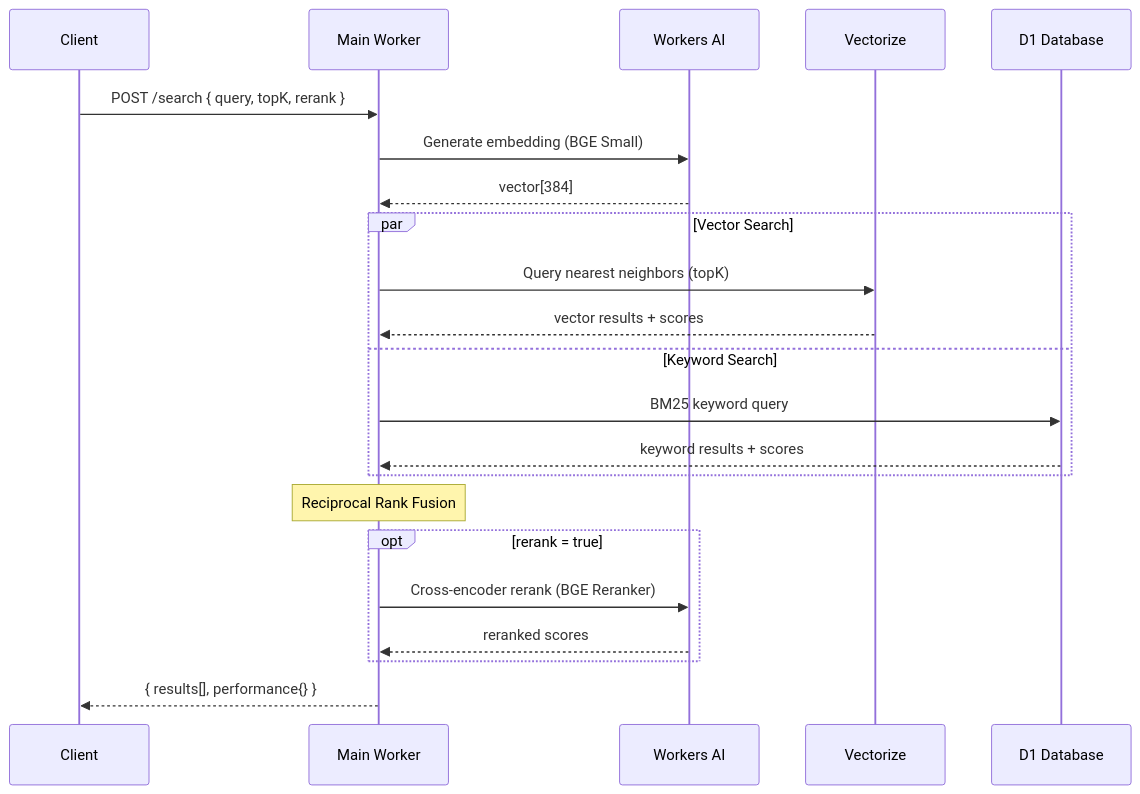
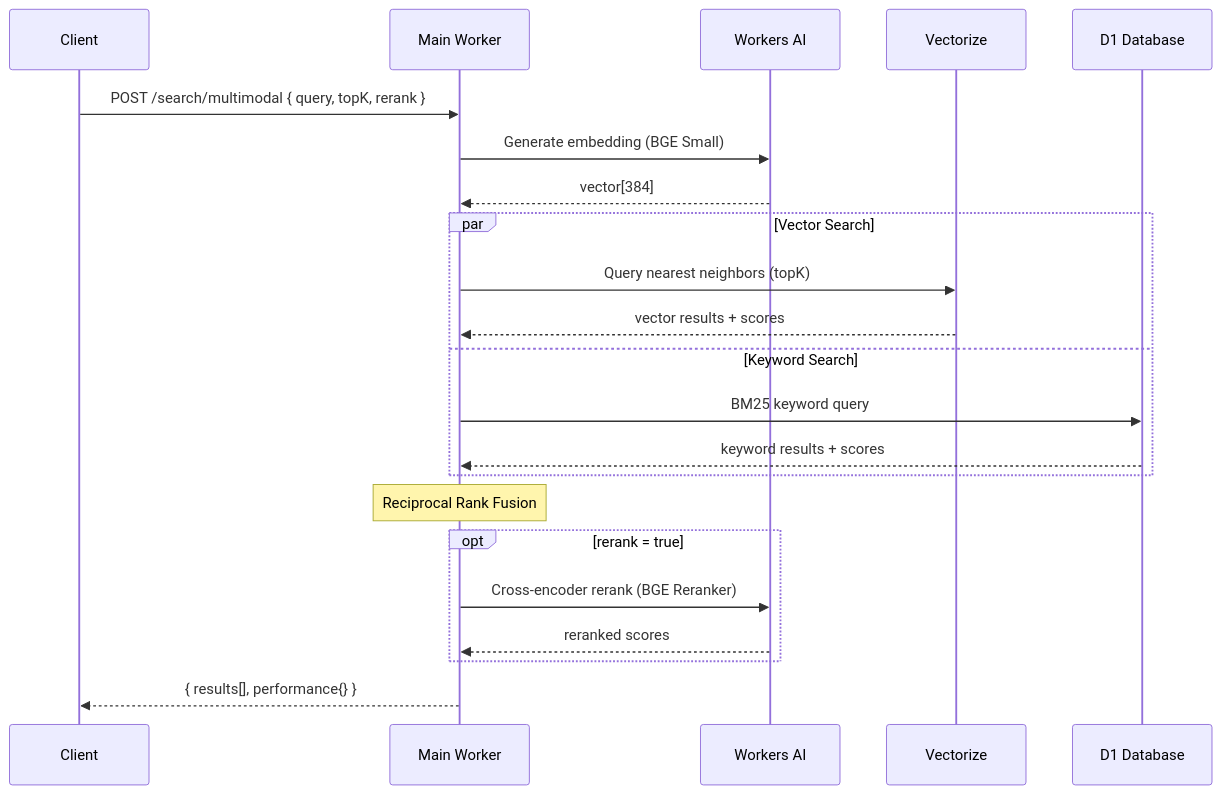
Before and after one commit to bruj0/vectorize-mcp-worker-python: the second of 4 diagrams in docs/production.md, drawn with Mermaid. The commit also changed other lines of this file and 55 other files, not shown here.

````diff
--- a/docs/production.md
+++ b/docs/production.md
@@ -55,29 +55,29 @@
 ```mermaid
 sequenceDiagram
     participant C as Client
     participant W as Main Worker
     participant AI as Workers AI
     participant V as Vectorize
     participant D as D1 Database
 
-    C->>W: POST /search { query, topK, rerank }
+    C->>W: POST /search/multimodal { query, topK, rerank }
     W->>AI: Generate embedding (BGE Small)
     AI-->>W: vector[384]
 
     par Vector Search
         W->>V: Query nearest neighbors (topK)
         V-->>W: vector results + scores
     and Keyword Search
         W->>D: BM25 keyword query
         D-->>W: keyword results + scores
     end
 
     Note over W: Reciprocal Rank Fusion
 
     opt rerank = true
         W->>AI: Cross-encoder rerank (BGE Reranker)
         AI-->>W: reranked scores
     end
 
     W-->>C: { results[], performance{} }
 ```
````
